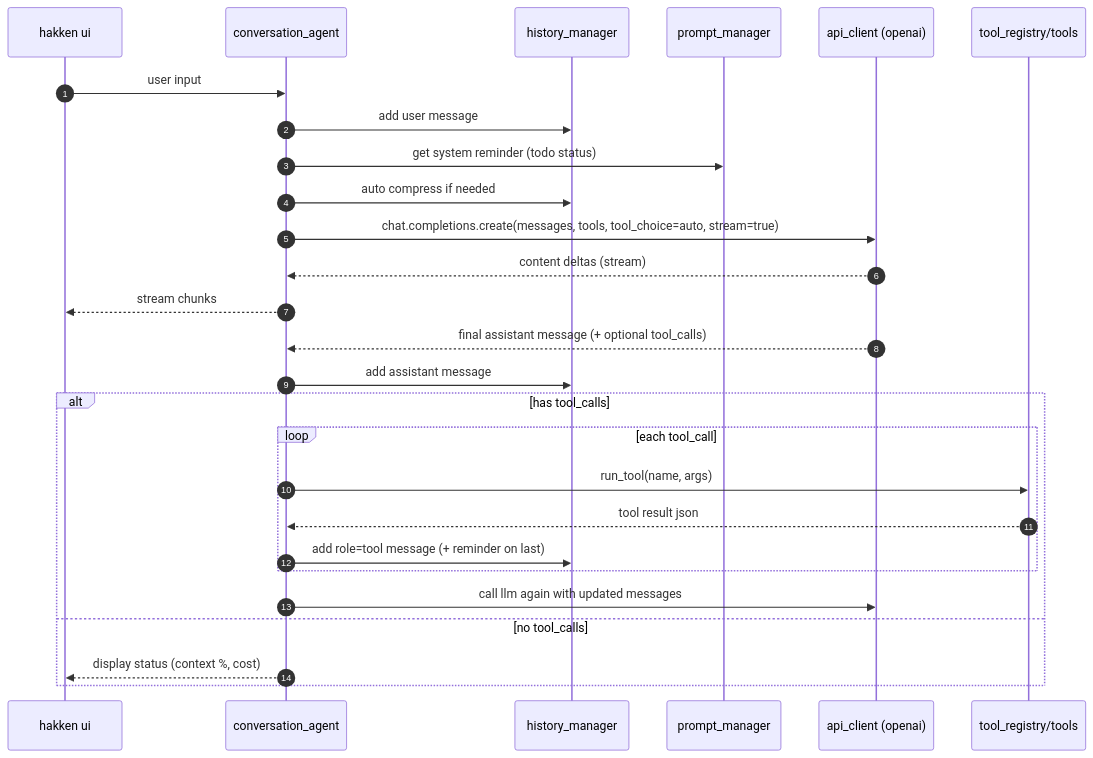
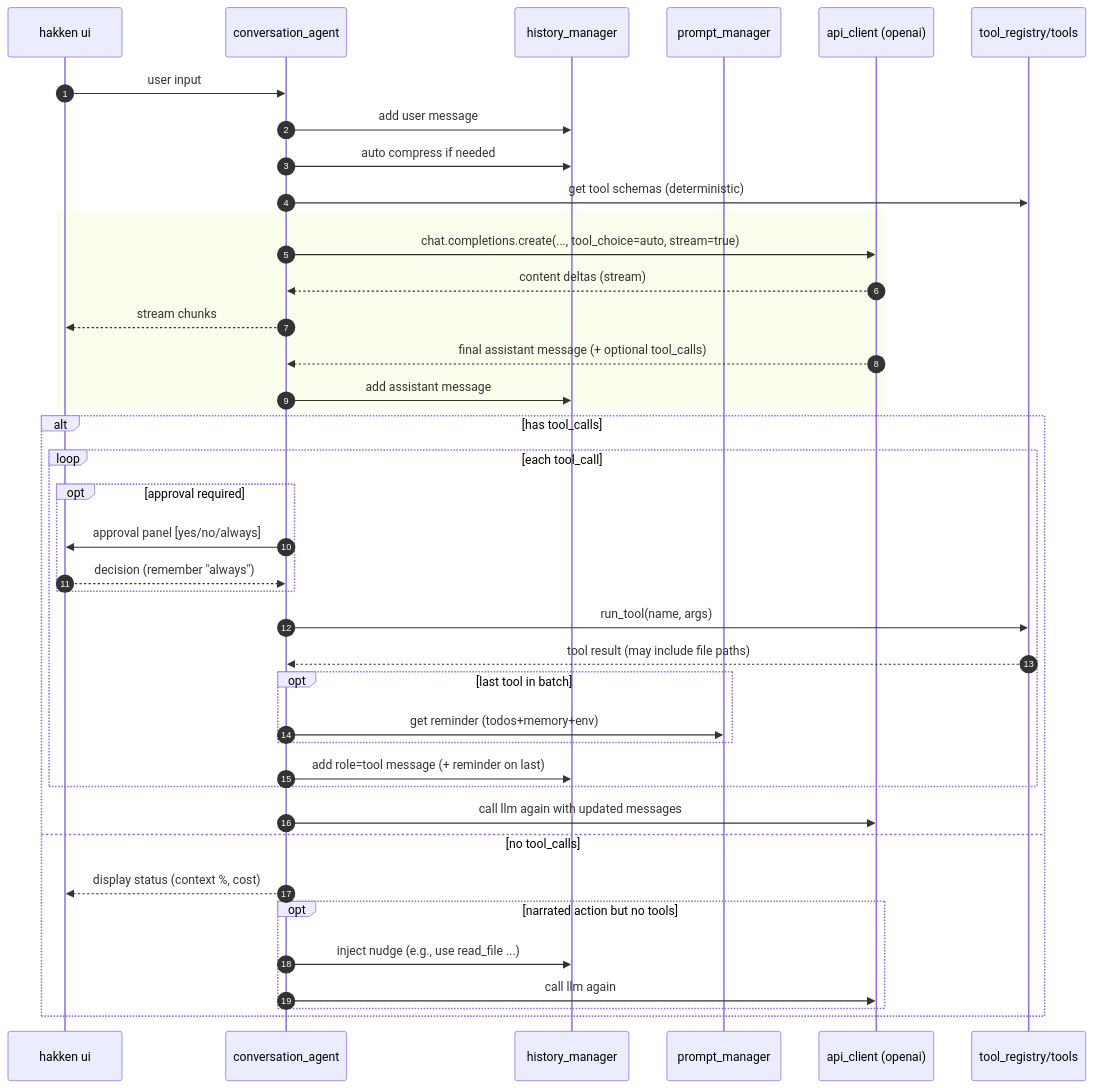
The diagram in README.md (saurabhaloneai/Hakken), drawn with Mermaid before and after one commit. The commit also changed 1 other file, not shown here.

````diff
--- a/README.md
+++ b/README.md
@@ -28,30 +28,43 @@
 ```mermaid
 sequenceDiagram
     autonumber
     participant UI as hakken ui
     participant AG as conversation_agent
     participant HI as history_manager
     participant PM as prompt_manager
     participant AC as api_client (openai)
     participant TR as tool_registry/tools
 
     UI->>AG: user input
     AG->>HI: add user message
-    AG->>PM: get system reminder (todo status)
     AG->>HI: auto compress if needed
-    AG->>AC: chat.completions.create(messages, tools, tool_choice=auto, stream=true)
-    AC-->>AG: content deltas (stream)
-    AG-->>UI: stream chunks
-    AC-->>AG: final assistant message (+ optional tool_calls)
-    AG->>HI: add assistant message
+    AG->>TR: get tool schemas (deterministic)
+    rect #F0F8FF
+      AG->>AC: chat.completions.create(..., tool_choice=auto, stream=true)
+      AC-->>AG: content deltas (stream)
+      AG-->>UI: stream chunks
+      AC-->>AG: final assistant message (+ optional tool_calls)
+      AG->>HI: add assistant message
+    end
     alt has tool_calls
       loop each tool_call
+        opt approval required
+          AG->>UI: approval panel [yes/no/always]
+          UI-->>AG: decision (remember "always")
+        end
         AG->>TR: run_tool(name, args)
-        TR-->>AG: tool result json
+        TR-->>AG: tool result (may include file paths)
+        opt last tool in batch
+          AG->>PM: get reminder (todos+memory+env)
+        end
         AG->>HI: add role=tool message (+ reminder on last)
       end
       AG->>AC: call llm again with updated messages
     else no tool_calls
       AG-->>UI: display status (context %, cost)
+      opt narrated action but no tools
+        AG->>HI: inject nudge (e.g., use read_file ...)
+        AG->>AC: call llm again
+      end
     end
 ```
````
